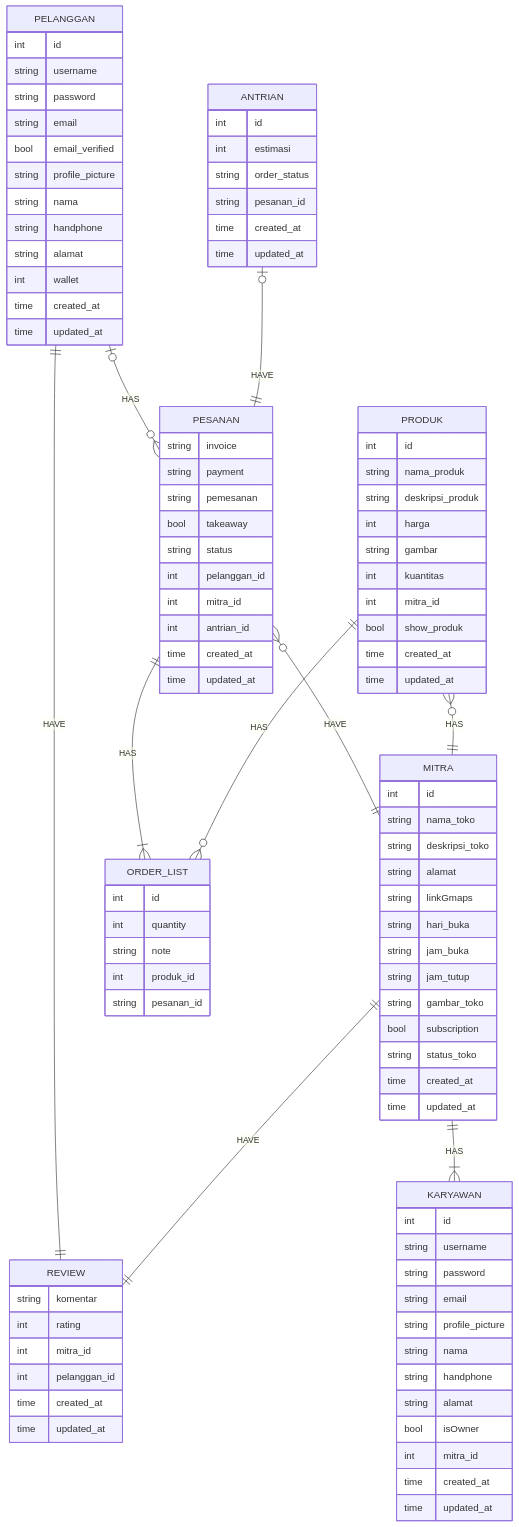
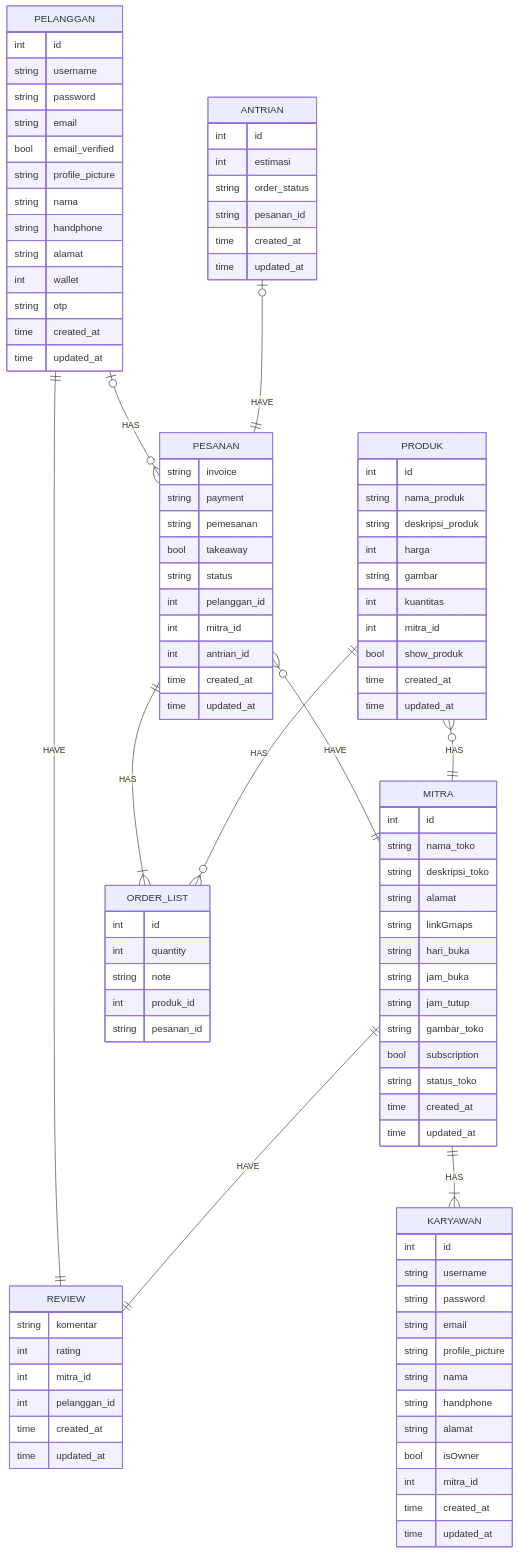
The diagram in erd.mermaid (Soviena/antria-backend), drawn with Mermaid before and after one commit. The commit also changed 1 other file, not shown here.

Commit message:
fix auth otp

```diff
--- a/erd.mermaid
+++ b/erd.mermaid
@@ -1,109 +1,110 @@
 erDiagram
 
     PELANGGAN ||--|| REVIEW : HAVE
     MITRA ||--|| REVIEW : HAVE
     MITRA ||--|{ KARYAWAN : HAS
     PESANAN ||--|{ ORDER_LIST : HAS
     PELANGGAN |o--o{ PESANAN : HAS
     PESANAN }o--|| MITRA : HAVE
     ANTRIAN |o--|| PESANAN : HAVE
     PRODUK }o--|| MITRA : HAS
     PRODUK ||--o{ ORDER_LIST : HAS
 
     PELANGGAN {
         int      id
         string   username
         string   password
         string   email
         bool     email_verified
         string   profile_picture
         string   nama
         string   handphone
         string   alamat
         int      wallet
+        string   otp
         time     created_at
         time     updated_at
     }
 
     MITRA {
         int       id
         string    nama_toko
         string    deskripsi_toko
         string    alamat
         string    linkGmaps
         string    hari_buka
         string    jam_buka
         string    jam_tutup
         string    gambar_toko
         bool      subscription
         string    status_toko
         time      created_at
         time      updated_at
     }
 
     PRODUK {
         int       id
         string    nama_produk
         string    deskripsi_produk
         int       harga
         string    gambar
         int       kuantitas
         int       mitra_id
         bool      show_produk
         time      created_at
         time      updated_at
     }
 
     ORDER_LIST {
         int     id
         int     quantity
         string  note
         int     produk_id
         string  pesanan_id
     }
 
     PESANAN {
         string  invoice
         string  payment
         string  pemesanan
         bool    takeaway
         string  status
         int     pelanggan_id
         int     mitra_id
         int     antrian_id
         time    created_at
         time    updated_at
     }
 
     ANTRIAN {
         int         id
         int         estimasi
         string      order_status
         string      pesanan_id
         time    created_at
         time    updated_at
     }
 
     KARYAWAN {
         int         id
         string      username
         string      password
         string      email
         string      profile_picture
         string      nama
         string      handphone
         string      alamat
         bool     isOwner
         int         mitra_id
         time    created_at
         time    updated_at
     }
 
     REVIEW {
         string      komentar
         int         rating
         int         mitra_id
         int         pelanggan_id
         time        created_at
         time        updated_at
     }
```
